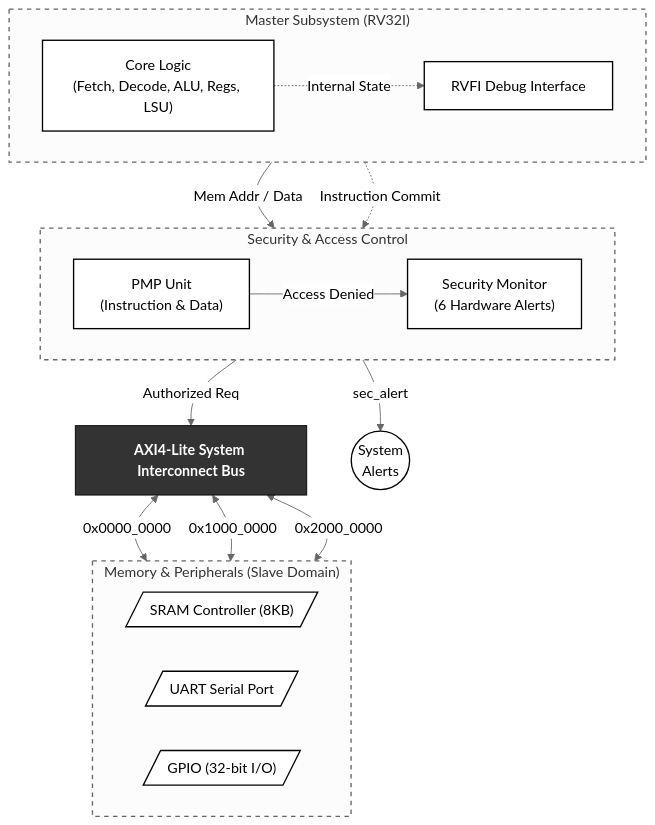
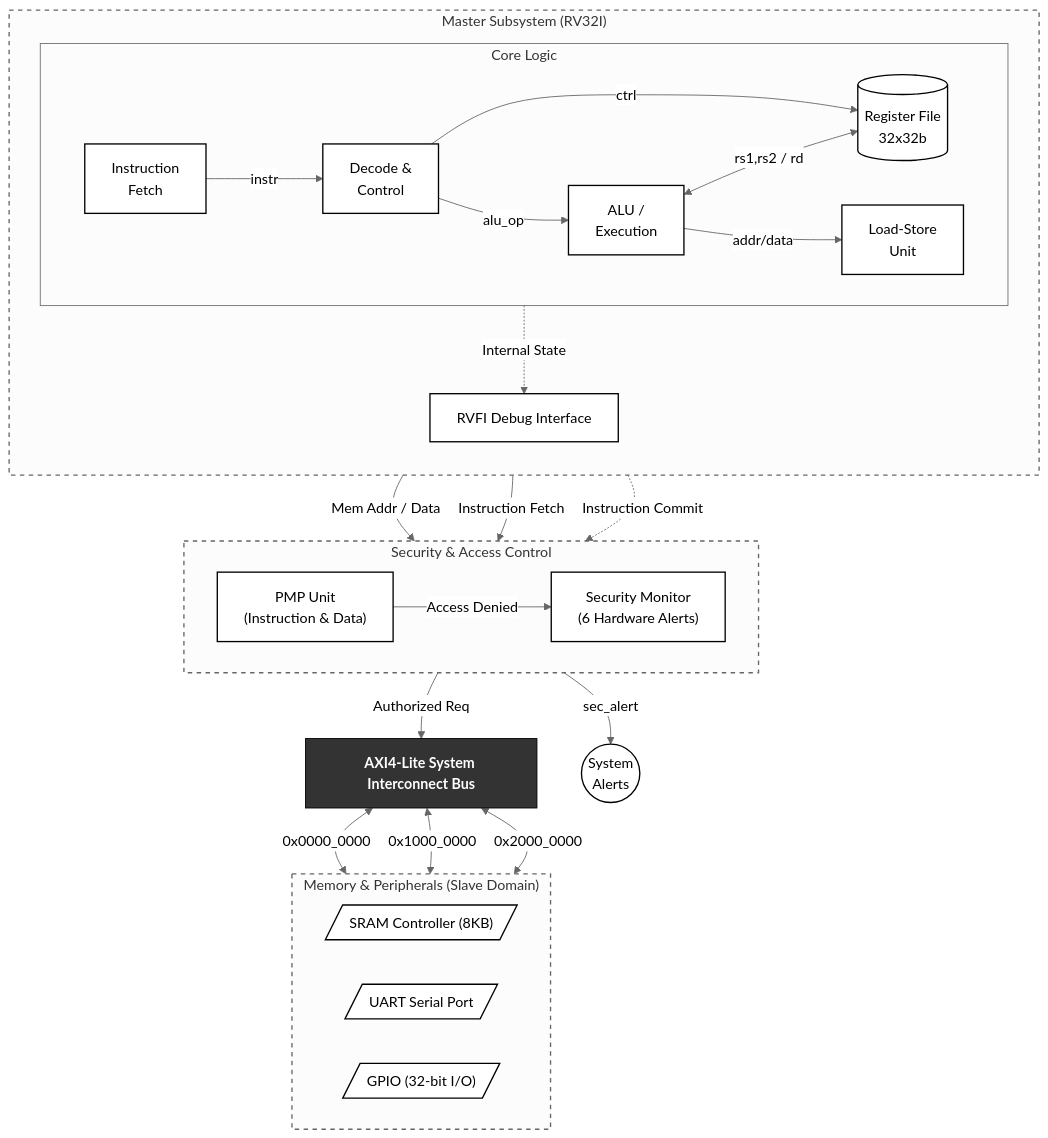
One commit to anujgite10-10/rl-driven-security-verification-riscv-soc changed the first of 2 diagrams in README.md. Above: the diagram before and after it, drawn with Mermaid (neutral theme).

Commit message:
Expand CPU Core logic blocks in SoC architecture diagram

````diff
--- a/README.md
+++ b/README.md
@@ -76,47 +76,63 @@
 ```mermaid
 flowchart TD
     classDef default fill:#fff,stroke:#000,stroke-width:1.5px,color:#000
     classDef bus fill:#333,stroke:#000,stroke-width:1px,color:#fff,font-weight:bold
     classDef subsystem fill:#fcfcfc,stroke:#666,stroke-width:1.5px,stroke-dasharray: 5 5
 
     %% Master Devices
     subgraph Master ["Master Subsystem (RV32I)"]
-        direction LR
-        CPU["Core Logic<br>(Fetch, Decode, ALU, Regs, LSU)"]
+        direction TB
+        
+        subgraph CPU ["Core Logic"]
+            direction LR
+            Fetch["Instruction<br>Fetch"]
+            Decode["Decode &<br>Control"]
+            Regs[("Register File<br>32x32b")]
+            ALU["ALU /<br>Execution"]
+            LSU["Load-Store<br>Unit"]
+
+            Fetch -->|instr| Decode
+            Decode -->|alu_op| ALU
+            Decode -->|ctrl| Regs
+            ALU <-->|rs1,rs2 / rd| Regs
+            ALU -->|addr/data| LSU
+        end
+        
         RVFI["RVFI Debug Interface"]
         CPU -.->|Internal State| RVFI
     end
 
     %% Security & Access Control
     subgraph Security ["Security & Access Control"]
         direction LR
         PMP["PMP Unit<br>(Instruction & Data)"]
         SecMon["Security Monitor<br>(6 Hardware Alerts)"]
         PMP -->|Access Denied| SecMon
     end
 
     %% Central Bus
     AXI["AXI4-Lite System Interconnect Bus"]:::bus
 
     %% Slave Devices
     subgraph Slaves ["Memory & Peripherals (Slave Domain)"]
         direction LR
         SRAM[/"SRAM Controller (8KB)"/]
         UART[/"UART Serial Port"/]
         GPIO[/"GPIO (32-bit I/O)"/]
     end
 
     %% Data flow routing
-    CPU -->|Mem Addr / Data| PMP
+    LSU -->|Mem Addr / Data| PMP
+    Fetch -->|Instruction Fetch| PMP
     PMP -->|Authorized Req| AXI
     RVFI -.->|Instruction Commit| SecMon
     
     AXI <-->|0x0000_0000| SRAM
     AXI <-->|0x1000_0000| UART
     AXI <-->|0x2000_0000| GPIO
 
     %% Alerts out
     SecMon -->|sec_alert| Alerts((System<br>Alerts))
 
     class Master,Security,Slaves subsystem
 ```
````
